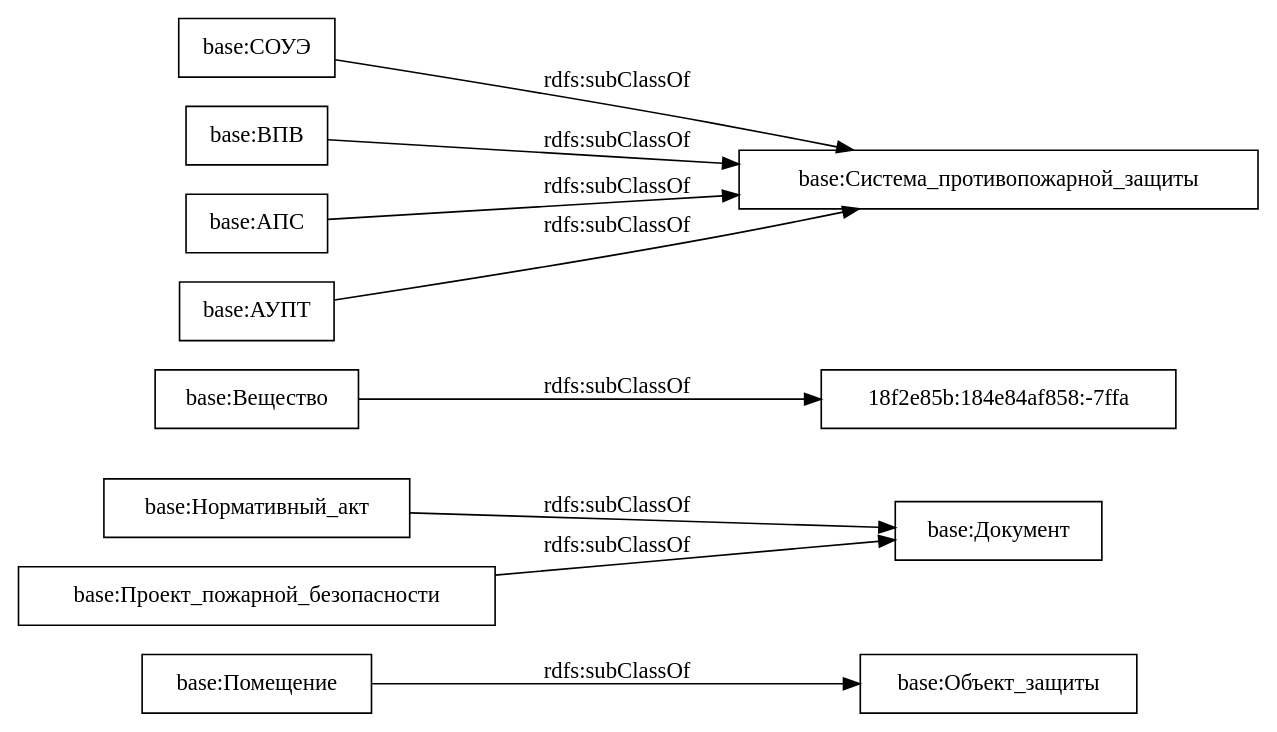
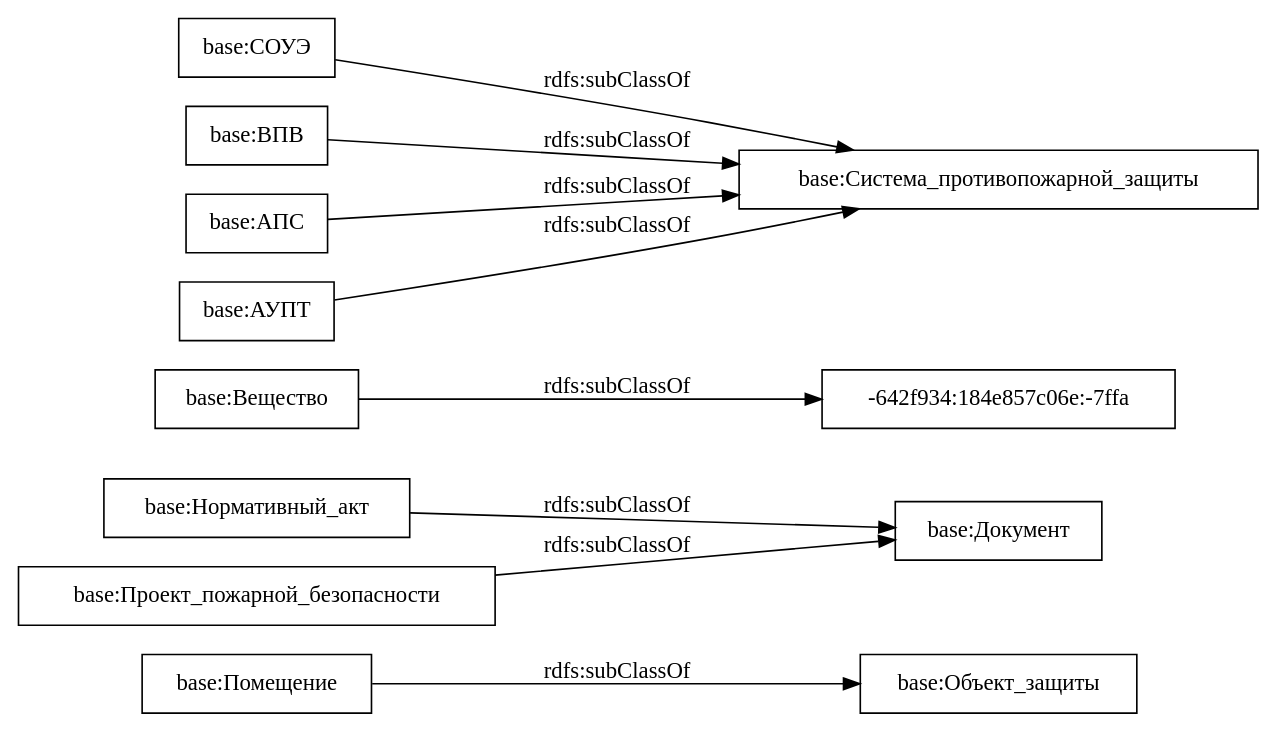
One commit to zimkov/Systems-of-fire-protection changed the diagram in OnToology/SFPv4.owl/diagrams/ar2dtool-taxonomy/SFPv4.owl.png.dot. Above: the diagram before and after it, drawn with Graphviz. The commit also changed 5 other files, not shown here.

```diff
--- a/OnToology/SFPv4.owl/diagrams/ar2dtool-taxonomy/SFPv4.owl.png.dot
+++ b/OnToology/SFPv4.owl/diagrams/ar2dtool-taxonomy/SFPv4.owl.png.dot
@@ -1,14 +1,14 @@
 digraph ar2dtool_diagram { 
 rankdir=LR;
 size="1000"
-node [shape = rectangle, color="black"]; "base:Объект_защиты" "base:Нормативный_акт" "base:Вещество" "base:СОУЭ" "base:Система_противопожарной_защиты" "base:ВПВ" "base:Проект_пожарной_безопасности" "18f2e85b:184e84af858:-7ffa" "base:Помещение" "base:АПС" "base:Документ" "base:АУПТ" ; /*classes style*/
+node [shape = rectangle, color="black"]; "base:Объект_защиты" "base:Нормативный_акт" "base:Вещество" "base:СОУЭ" "base:Система_противопожарной_защиты" "base:ВПВ" "base:Проект_пожарной_безопасности" "base:Помещение" "base:АПС" "base:Документ" "-642f934:184e857c06e:-7ffa" "base:АУПТ" ; /*classes style*/
 	"base:СОУЭ" -> "base:Система_противопожарной_защиты" [ label = "rdfs:subClassOf" ];
 	"base:Помещение" -> "base:Объект_защиты" [ label = "rdfs:subClassOf" ];
-	"base:Вещество" -> "18f2e85b:184e84af858:-7ffa" [ label = "rdfs:subClassOf" ];
+	"base:Вещество" -> "-642f934:184e857c06e:-7ffa" [ label = "rdfs:subClassOf" ];
 	"base:АУПТ" -> "base:Система_противопожарной_защиты" [ label = "rdfs:subClassOf" ];
 	"base:Проект_пожарной_безопасности" -> "base:Документ" [ label = "rdfs:subClassOf" ];
 	"base:АПС" -> "base:Система_противопожарной_защиты" [ label = "rdfs:subClassOf" ];
 	"base:ВПВ" -> "base:Система_противопожарной_защиты" [ label = "rdfs:subClassOf" ];
 	"base:Нормативный_акт" -> "base:Документ" [ label = "rdfs:subClassOf" ];
 
 }
```
